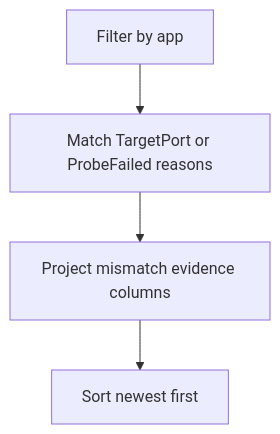
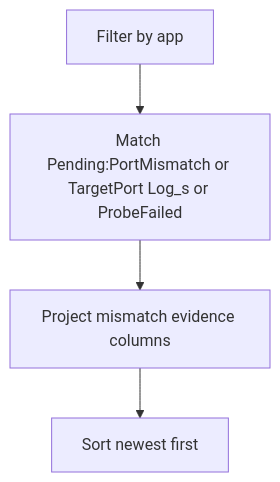
One commit to yeongseon/azure-container-apps-practical-guide changed the diagram in docs/troubleshooting/kql/system-and-revisions/target-port-mismatch-detection.md. Above: the diagram before and after it, drawn with Mermaid. The commit also changed other lines of this file and 32 other files, not shown here.

First line of the commit message:
docs(labs): backfill evidence pack for ingress-target-port-mismatch + correct KQL schema (#265)

````diff
--- a/docs/troubleshooting/kql/system-and-revisions/target-port-mismatch-detection.md
+++ b/docs/troubleshooting/kql/system-and-revisions/target-port-mismatch-detection.md
@@ -27,4 +27,4 @@
 ```mermaid
 flowchart TD
-    A[Filter by app] --> B[Match TargetPort or ProbeFailed reasons] --> C[Project mismatch evidence columns] --> D[Sort newest first]
+    A[Filter by app] --> B[Match Pending:PortMismatch or TargetPort Log_s or ProbeFailed] --> C[Project mismatch evidence columns] --> D[Sort newest first]
 ```
````
